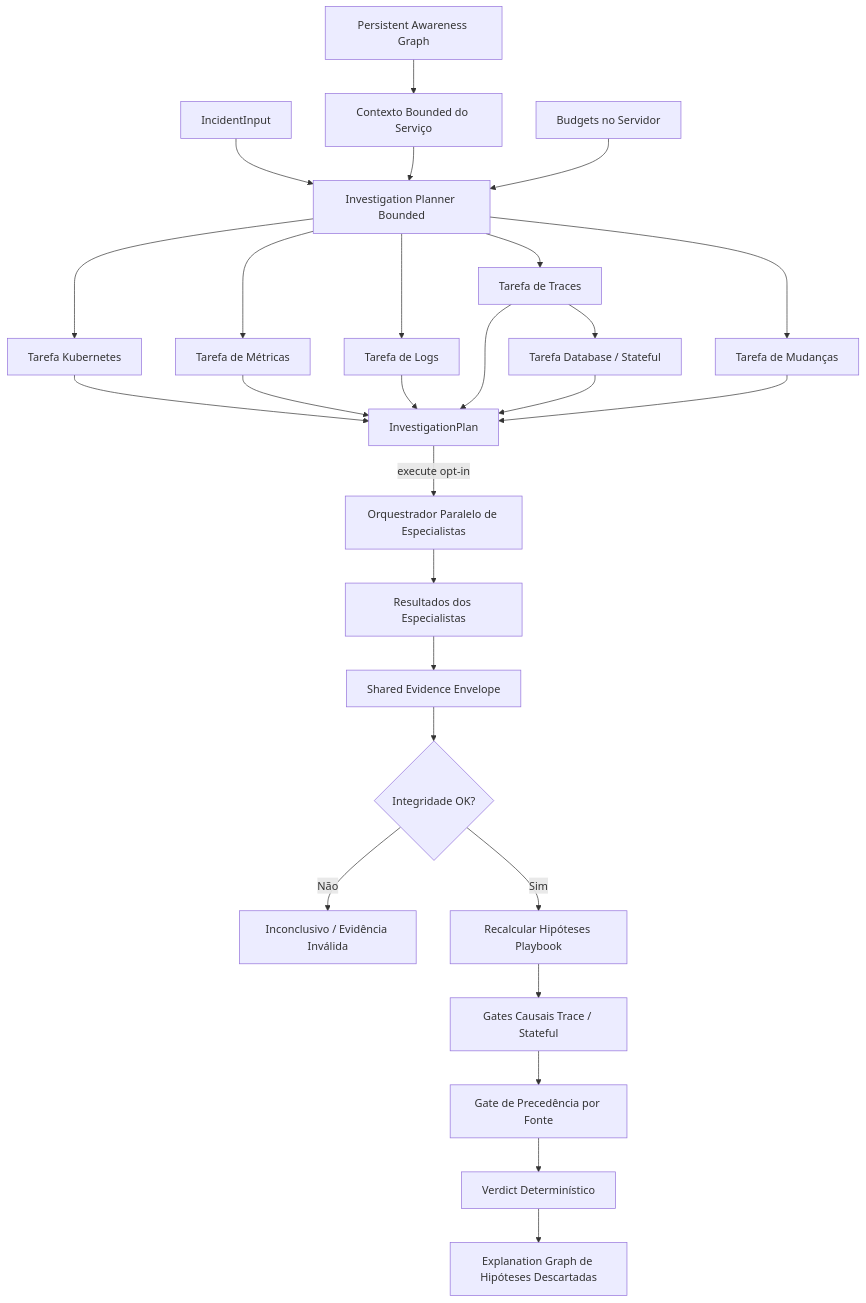
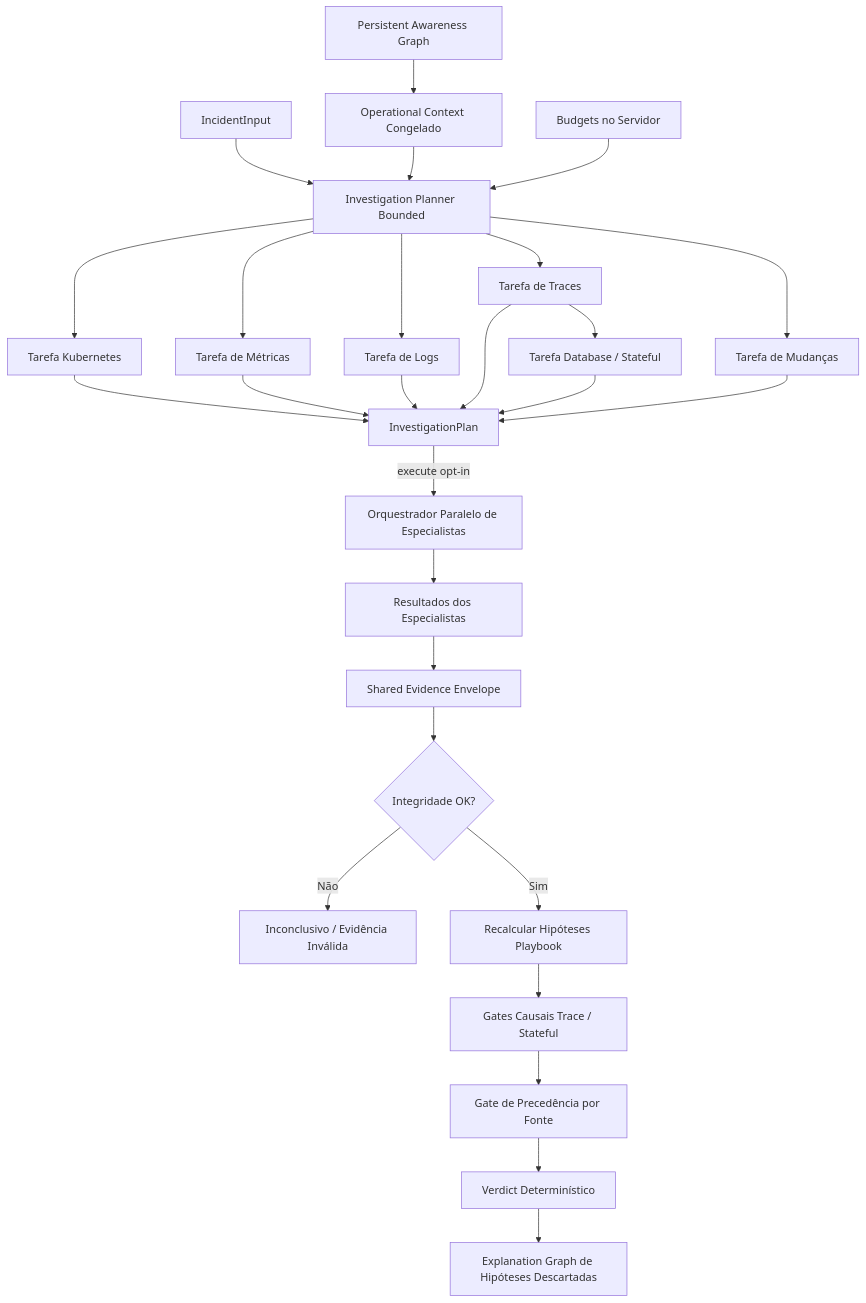
One commit to marcocristofolini/ai-sre-rca changed the third of 3 diagrams in docs/agentic-investigation.pt-BR.md. Above: the diagram before and after it, drawn with Mermaid. The commit also changed other lines of this file, not shown here.

Commit message:
docs: describe frozen agentic operational context pt-br

```diff
--- a/docs/agentic-investigation.pt-BR.md
+++ b/docs/agentic-investigation.pt-BR.md
@@ -57,32 +88,32 @@
 ~~~mermaid
 flowchart TD
     I[IncidentInput] --> P[Investigation Planner Bounded]
-    G[Persistent Awareness Graph] --> C[Contexto Bounded do Serviço]
+    G[Persistent Awareness Graph] --> C[Operational Context Congelado]
     C --> P
     S[Budgets no Servidor] --> P
 
     P --> K[Tarefa Kubernetes]
     P --> M[Tarefa de Métricas]
     P --> L[Tarefa de Logs]
     P --> T[Tarefa de Traces]
     T --> D[Tarefa Database / Stateful]
     P --> CH[Tarefa de Mudanças]
 
     K --> OUT[InvestigationPlan]
     M --> OUT
     L --> OUT
     T --> OUT
     D --> OUT
     CH --> OUT
 
     OUT -->|execute opt-in| ORCH[Orquestrador Paralelo de Especialistas]
     ORCH --> SE[Resultados dos Especialistas]
     SE --> EV[Shared Evidence Envelope]
     EV --> HASH{Integridade OK?}
     HASH -->|Não| FAIL[Inconclusivo / Evidência Inválida]
     HASH -->|Sim| SCORE[Recalcular Hipóteses Playbook]
     SCORE --> CAUSAL[Gates Causais Trace / Stateful]
     CAUSAL --> PRE[Gate de Precedência por Fonte]
     PRE --> DET[Verdict Determinístico]
     DET --> EX[Explanation Graph de Hipóteses Descartadas]
 ~~~
```
